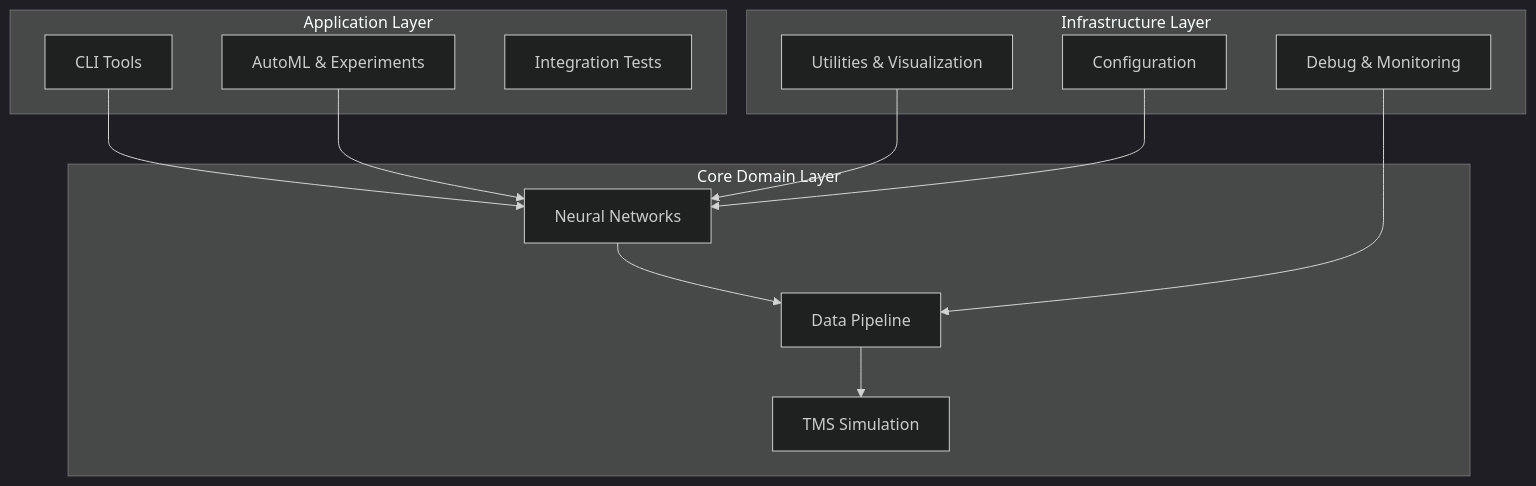
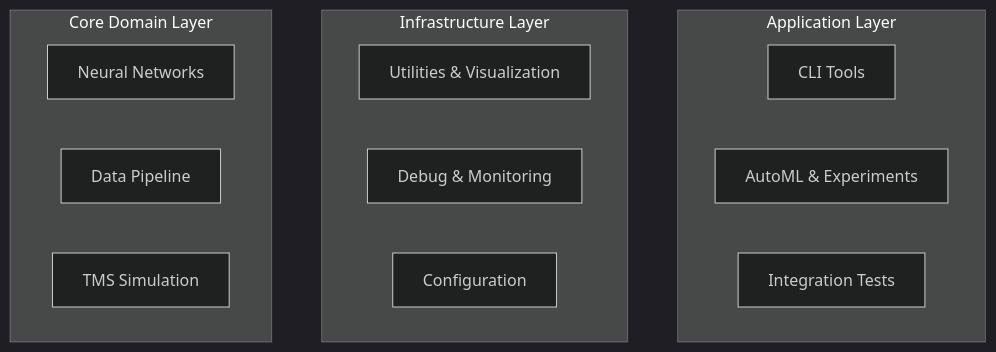
Before and after one commit to OverfittingUnderachiever/tms-induced-brain-efield-prediction: the first of 2 diagrams in readme.md, drawn with Mermaid (dark theme).

````diff
--- a/readme.md
+++ b/readme.md
@@ -87,28 +87,20 @@
 ```mermaid
 graph TB
     subgraph "Application Layer"
         CLI[CLI Tools]
         AutoML[AutoML & Experiments]
         Tests[Integration Tests]
     end
     
-    subgraph "Core Domain Layer"
-        Models[Neural Networks]
-        Pipeline[Data Pipeline]
-        Simulation[TMS Simulation]
-    end
-    
     subgraph "Infrastructure Layer"
         Utils[Utilities & Visualization]
         Debug[Debug & Monitoring]
         Config[Configuration]
     end
     
-    CLI --> Models
-    AutoML --> Models
-    Models --> Pipeline
-    Pipeline --> Simulation
-    Utils --> Models
-    Debug --> Pipeline
-    Config --> Models
+    subgraph "Core Domain Layer"
+        Models[Neural Networks]
+        Pipeline[Data Pipeline]
+        Simulation[TMS Simulation]
+    end
 ```
````
